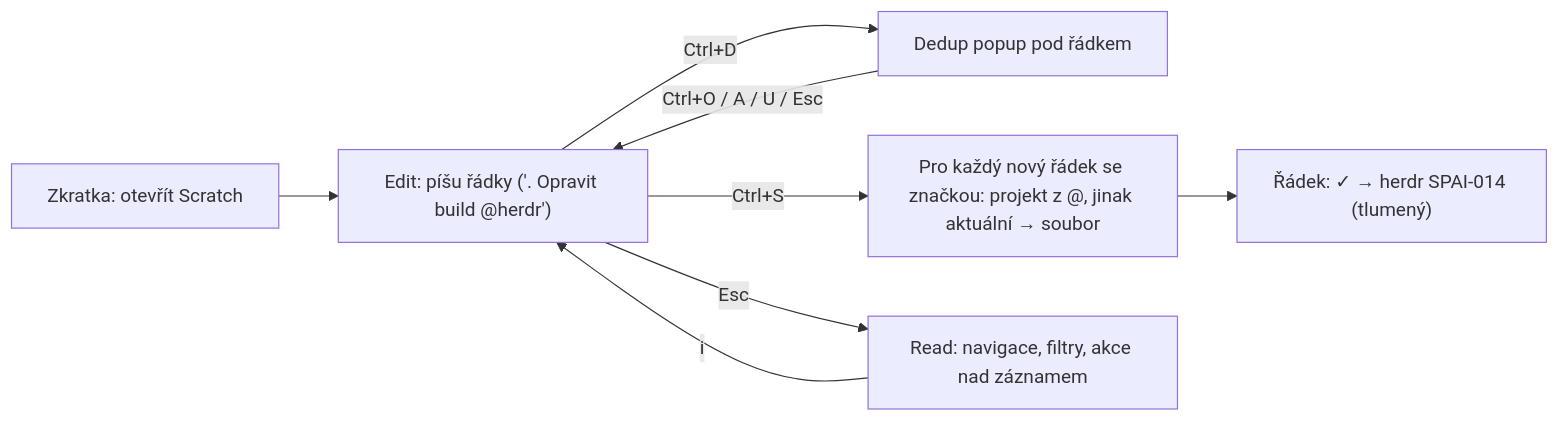
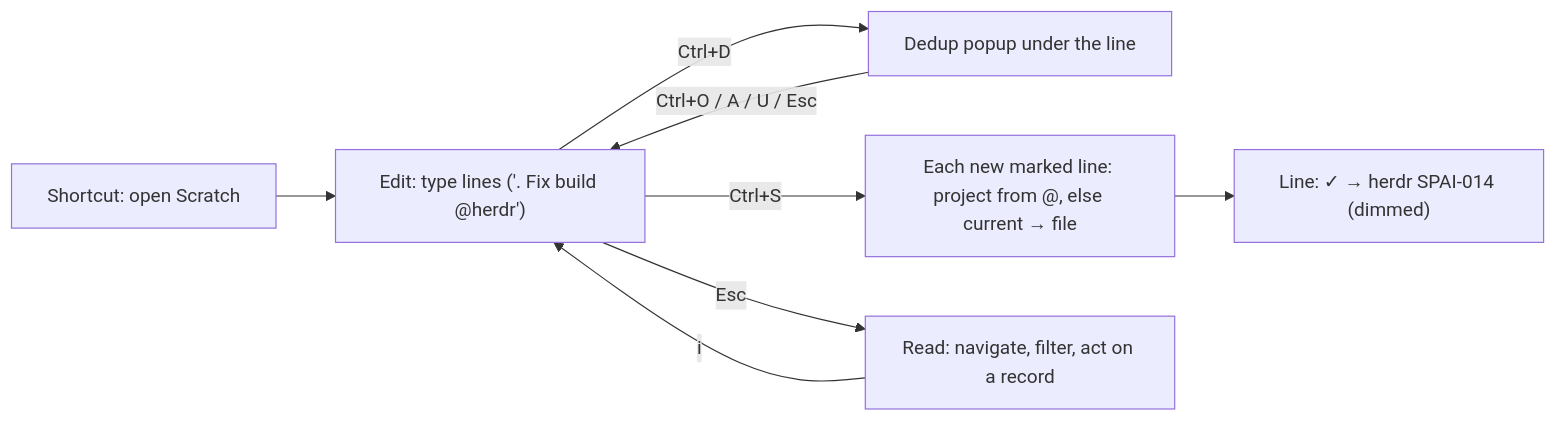
One commit to mastnacek/pi-herdr-sidebar changed the diagram in docs/scratchpad_mode_plan.md. Above: the diagram before and after it, drawn with Mermaid. The commit also changed other lines of this file, not shown here.

````diff
--- a/docs/scratchpad_mode_plan.md
+++ b/docs/scratchpad_mode_plan.md
@@ -26,10 +26,10 @@
 ```mermaid
 flowchart LR
-  A["Zkratka: otevřít Scratch"] --> B["Edit: píšu řádky ('. Opravit build @herdr')"]
-  B -->|Ctrl+D| D["Dedup popup pod řádkem"]
+  A["Shortcut: open Scratch"] --> B["Edit: type lines ('. Fix build @herdr')"]
+  B -->|Ctrl+D| D["Dedup popup under the line"]
   D -->|Ctrl+O / A / U / Esc| B
-  B -->|Ctrl+S| S["Pro každý nový řádek se značkou: projekt z @, jinak aktuální → soubor"]
-  S --> L["Řádek: ✓ → herdr SPAI-014 (tlumený)"]
-  B -->|Esc| R["Read: navigace, filtry, akce nad záznamem"]
+  B -->|Ctrl+S| S["Each new marked line: project from @, else current → file"]
+  S --> L["Line: ✓ → herdr SPAI-014 (dimmed)"]
+  B -->|Esc| R["Read: navigate, filter, act on a record"]
   R -->|i| B
 ```
````
